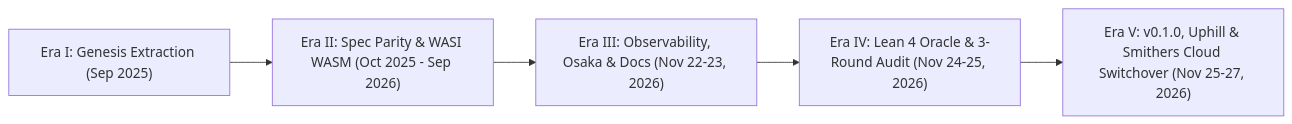
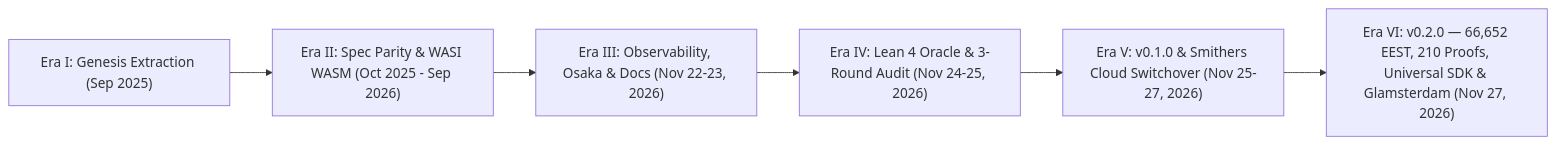
One commit to evmts/guillotine-mini changed the diagram in .smithers/wiki/Mythical-History.md. Above: the diagram before and after it, drawn with Mermaid. The commit also changed other lines of this file and 16 other files, not shown here.

````diff
--- a/.smithers/wiki/Mythical-History.md
+++ b/.smithers/wiki/Mythical-History.md
@@ -14,7 +14,8 @@
 ```mermaid
 flowchart LR
   E1["Era I: Genesis Extraction (Sep 2025)"] --> E2["Era II: Spec Parity & WASI WASM (Oct 2025 - Sep 2026)"]
   E2 --> E3["Era III: Observability, Osaka & Docs (Nov 22-23, 2026)"]
   E3 --> E4["Era IV: Lean 4 Oracle & 3-Round Audit (Nov 24-25, 2026)"]
-  E4 --> E5["Era V: v0.1.0, Uphill & Smithers Cloud Switchover (Nov 25-27, 2026)"]
+  E4 --> E5["Era V: v0.1.0 & Smithers Cloud Switchover (Nov 25-27, 2026)"]
+  E5 --> E6["Era VI: v0.2.0 — 66,652 EEST, 210 Proofs, Universal SDK & Glamsterdam (Nov 27, 2026)"]
 ```
````
